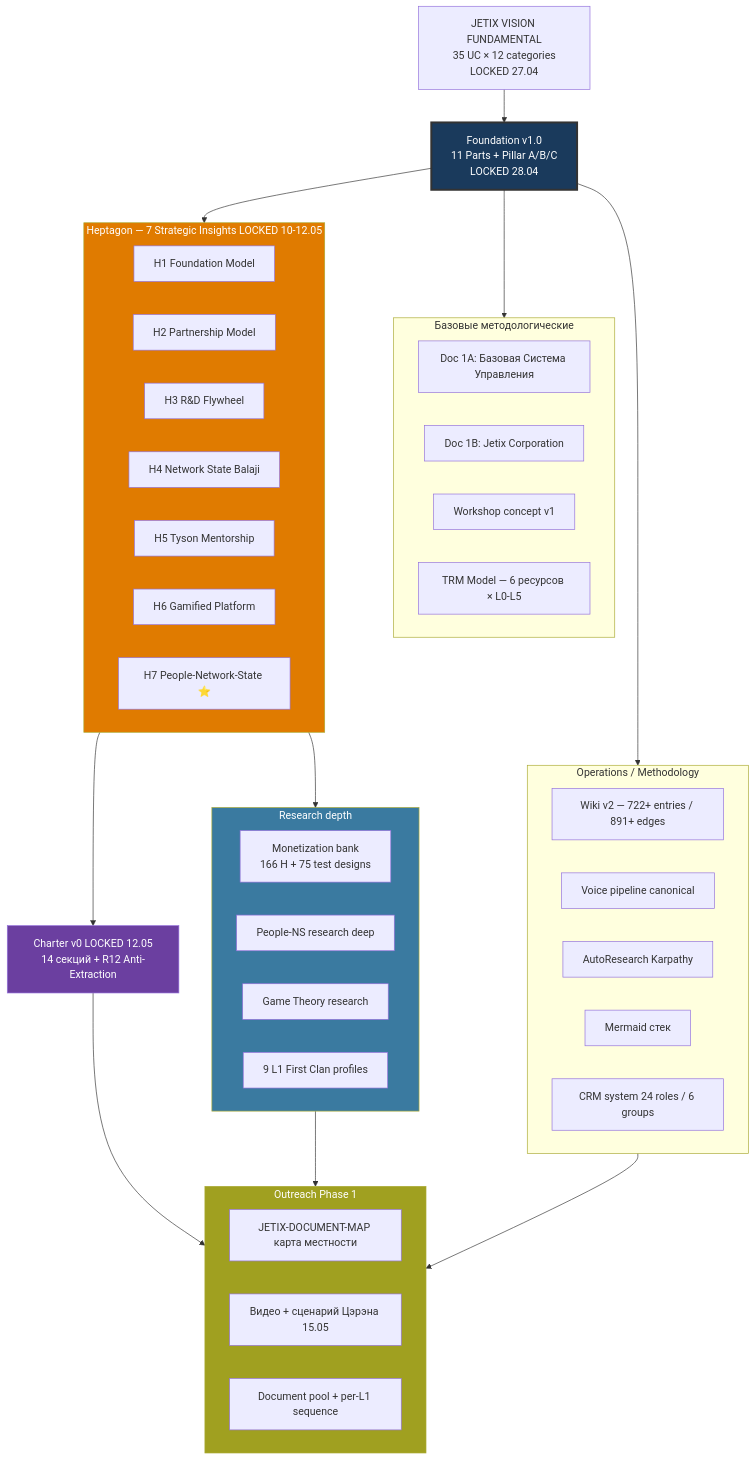
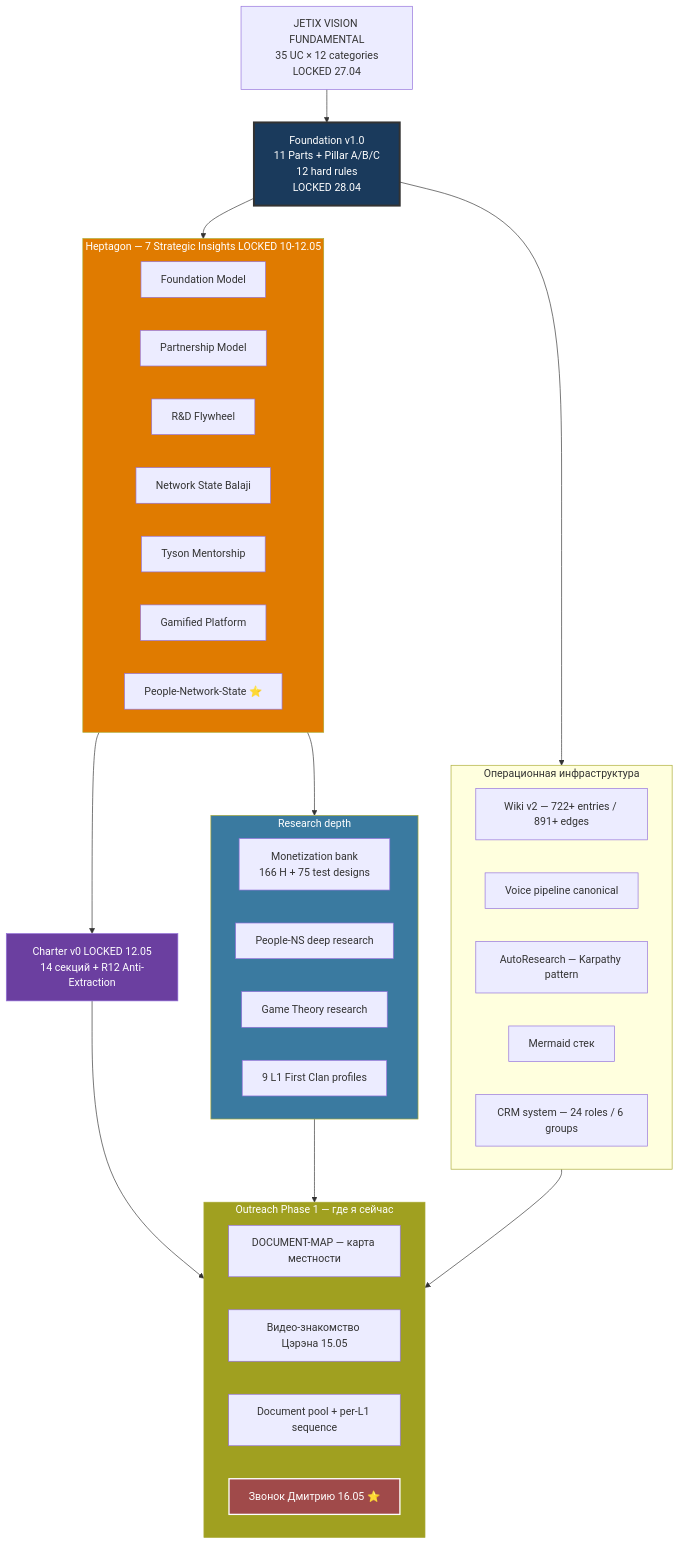
One commit to Bogersebekov/jetix-os changed the second of 2 diagrams in _DMITRY-CALL-PREP-2026-05-16.md. Above: the diagram before and after it, drawn with Mermaid. The commit also changed other lines of this file, not shown here.

First line of the commit message:
[outreach] redo Dmitry call prep — корректировка после Whisper artefacts (правильный narrative + правильные цели)

````diff
--- a/_DMITRY-CALL-PREP-2026-05-16.md
+++ b/_DMITRY-CALL-PREP-2026-05-16.md
@@ -198,62 +227,56 @@
 ```mermaid
 flowchart TB
     Vision[JETIX VISION FUNDAMENTAL<br/>35 UC × 12 categories<br/>LOCKED 27.04]
 
-    Foundation[Foundation v1.0<br/>11 Parts + Pillar A/B/C<br/>LOCKED 28.04]
+    Foundation[Foundation v1.0<br/>11 Parts + Pillar A/B/C<br/>12 hard rules<br/>LOCKED 28.04]
 
     subgraph Heptagon[Heptagon — 7 Strategic Insights LOCKED 10-12.05]
-        H1[H1 Foundation Model]
-        H2[H2 Partnership Model]
-        H3[H3 R&D Flywheel]
-        H4[H4 Network State Balaji]
-        H5[H5 Tyson Mentorship]
-        H6[H6 Gamified Platform]
-        H7[H7 People-Network-State ⭐]
+        H1[Foundation Model]
+        H2[Partnership Model]
+        H3[R&D Flywheel]
+        H4[Network State Balaji]
+        H5[Tyson Mentorship]
+        H6[Gamified Platform]
+        H7[People-Network-State ⭐]
     end
 
     Charter[Charter v0 LOCKED 12.05<br/>14 секций + R12 Anti-Extraction]
 
-    subgraph Базовые[Базовые методологические]
-        Doc1A[Doc 1A: Базовая Система Управления]
-        Doc1B[Doc 1B: Jetix Corporation]
-        Workshop[Workshop concept v1]
-        TRM[TRM Model — 6 ресурсов × L0-L5]
-    end
-
-    subgraph Operations[Operations / Methodology]
+    subgraph Operations[Операционная инфраструктура]
         Wiki[Wiki v2 — 722+ entries / 891+ edges]
         VoicePipe[Voice pipeline canonical]
-        AutoR[AutoResearch Karpathy]
+        AutoR[AutoResearch — Karpathy pattern]
         Mermaid[Mermaid стек]
-        CRM[CRM system 24 roles / 6 groups]
+        CRM[CRM system — 24 roles / 6 groups]
     end
 
     subgraph Research[Research depth]
         Monetization[Monetization bank<br/>166 H + 75 test designs]
-        PeopleNS[People-NS research deep]
+        PeopleNS[People-NS deep research]
         GameTheory[Game Theory research]
         L1Profiles[9 L1 First Clan profiles]
     end
 
-    subgraph Outreach[Outreach Phase 1]
-        VideoMap[JETIX-DOCUMENT-MAP карта местности]
-        VideoTseren[Видео + сценарий Цэрэна 15.05]
+    subgraph Outreach[Outreach Phase 1 — где я сейчас]
+        DocMap[DOCUMENT-MAP — карта местности]
+        VideoTseren[Видео-знакомство Цэрэна 15.05]
         DocPool[Document pool + per-L1 sequence]
+        DmitryCall[Звонок Дмитрию 16.05 ⭐]
     end
 
     Vision --> Foundation
     Foundation --> Heptagon
     Heptagon --> Charter
-    Foundation --> Базовые
     Foundation --> Operations
     Heptagon --> Research
     Research --> Outreach
     Operations --> Outreach
     Charter --> Outreach
 
     style Foundation fill:#1a3a5c,color:#fff,stroke:#333,stroke-width:3px
     style Heptagon fill:#e07b00,color:#fff
     style Charter fill:#6b3fa0,color:#fff
     style Outreach fill:#a0a020,color:#fff
     style Research fill:#3a7aa0,color:#fff
+    style DmitryCall fill:#a04a4a,color:#fff,stroke:#fff,stroke-width:2px
 ```
````
